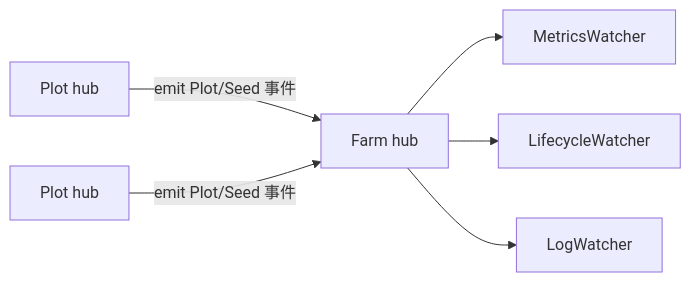
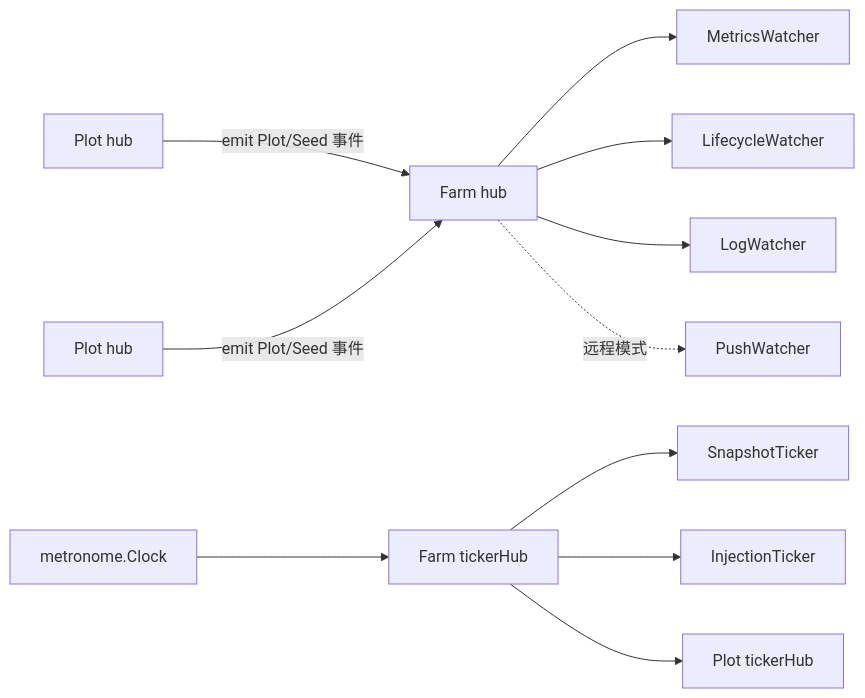
Before and after one commit to Mr-xiaotian/CelestialGrow: the second of 2 diagrams in docs/zh-CN/pkg/assembly/assembly.md, drawn with Mermaid. The commit also changed other lines of this file and 49 other files, not shown here.

````diff
--- a/docs/zh-CN/pkg/assembly/assembly.md
+++ b/docs/zh-CN/pkg/assembly/assembly.md
@@ -180,8 +227,14 @@
 ```mermaid
 flowchart LR
     P1[Plot hub] -->|emit Plot/Seed 事件| FH[Farm hub]
     P2[Plot hub] -->|emit Plot/Seed 事件| FH
     FH --> M[MetricsWatcher]
     FH --> LC[LifecycleWatcher]
     FH --> L[LogWatcher]
+    FH -.远程模式.-> PW[PushWatcher]
+
+    CLK[metronome.Clock] --> TH[Farm tickerHub]
+    TH --> ST[SnapshotTicker]
+    TH --> IT[InjectionTicker]
+    TH --> PH1[Plot tickerHub]
 ```
````
